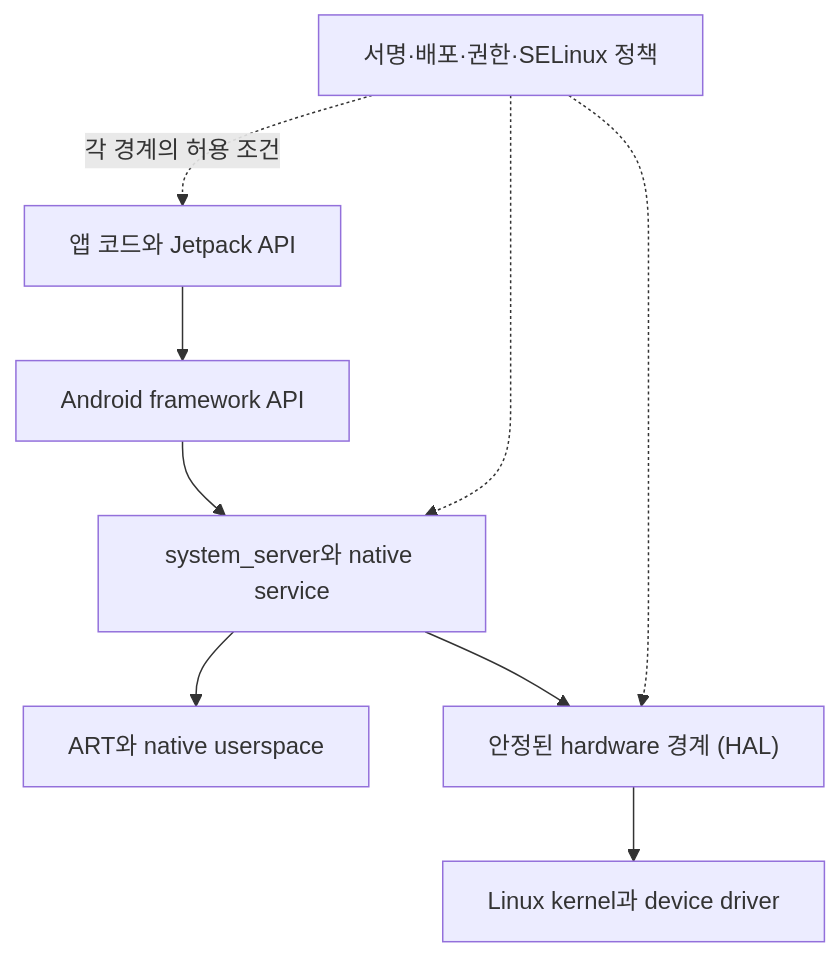
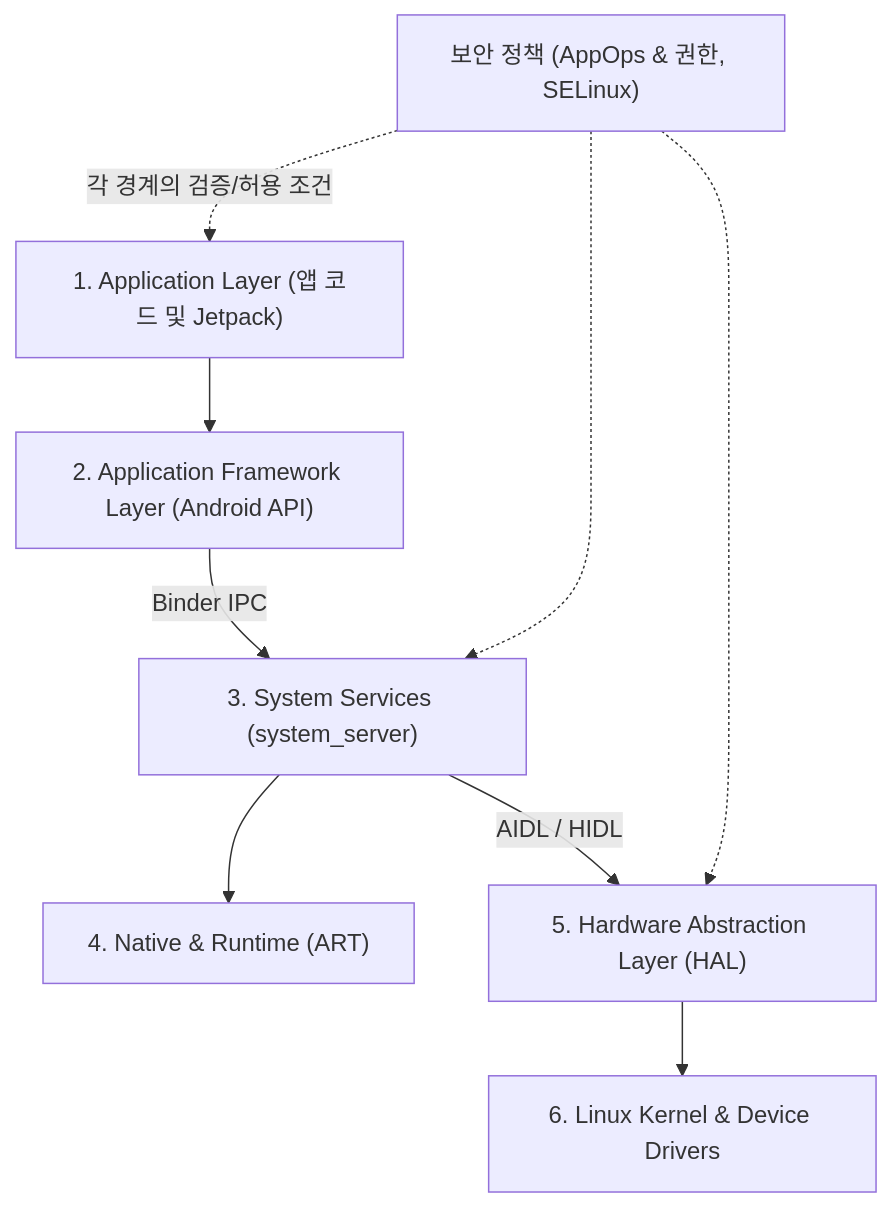
One commit to youngmin-gwon/what-i-studied changed the diagram in 01_inbox/mobile/android/00_foundations/overview/foundation-contracts/android-is-layered-mobile-platform-not-just-an-app-sdk.md. Above: the diagram before and after it, drawn with Mermaid. The commit also changed other lines of this file and 185 other files, not shown here.

````diff
--- a/01_inbox/mobile/android/00_foundations/overview/foundation-contracts/android-is-layered-mobile-platform-not-just-an-app-sdk.md
+++ b/01_inbox/mobile/android/00_foundations/overview/foundation-contracts/android-is-layered-mobile-platform-not-just-an-app-sdk.md
@@ -14,11 +20,12 @@
 ```mermaid
 flowchart TD
-    App["앱 코드와 Jetpack API"] --> Framework["Android framework API"]
-    Framework --> Services["system_server와 native service"]
-    Services --> Runtime["ART와 native userspace"]
-    Services --> HAL["안정된 hardware 경계 (HAL)"]
-    HAL --> Kernel["Linux kernel과 device driver"]
-    Policy["서명·배포·권한·SELinux 정책"] -. "각 경계의 허용 조건" .-> App
+    App["1. Application Layer (앱 코드 및 Jetpack)"] --> Framework["2. Application Framework Layer (Android API)"]
+    Framework -- "Binder IPC" --> Services["3. System Services (system_server)"]
+    Services --> Runtime["4. Native & Runtime (ART)"]
+    Services -- "AIDL / HIDL" --> HAL["5. Hardware Abstraction Layer (HAL)"]
+    HAL --> Kernel["6. Linux Kernel & Device Drivers"]
+    
+    Policy["보안 정책 (AppOps & 권한, SELinux)"] -. "각 경계의 검증/허용 조건" .-> App
     Policy -.-> Services
     Policy -.-> HAL
 ```
````
